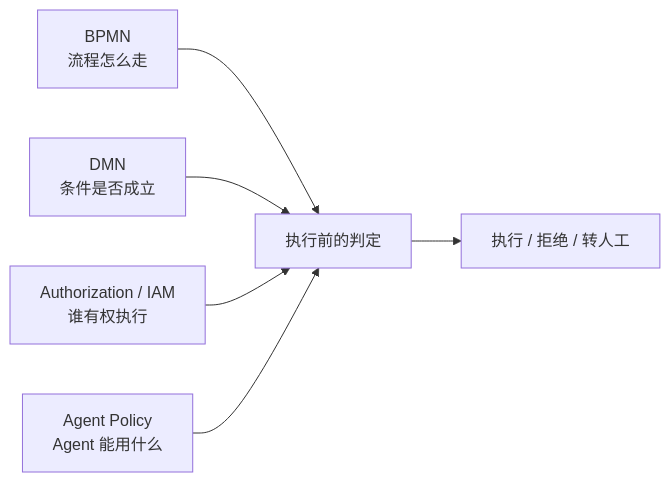
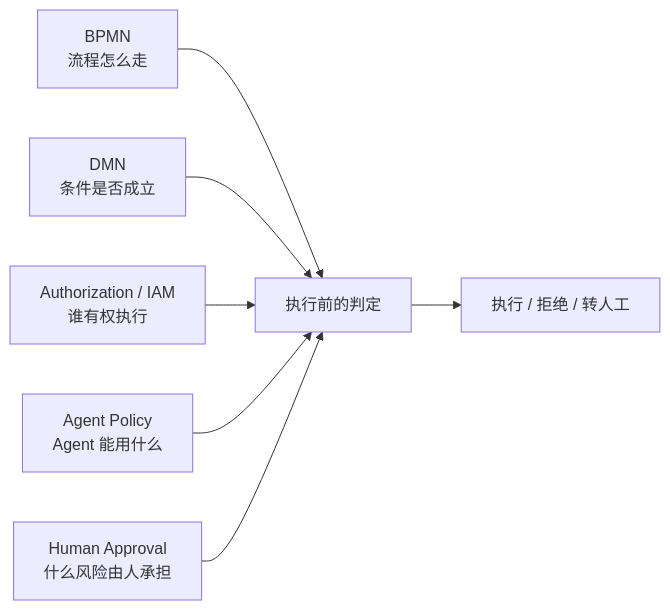
Before and after one commit to devweekly/devweekly.github.io: diagram 21 of 35 in src/content/blog/workflow and agent and bpmn.md, drawn with Mermaid. The commit also changed other lines of this file and 5 other files, not shown here.

````diff
--- a/src/content/blog/workflow and agent and bpmn.md
+++ b/src/content/blog/workflow and agent and bpmn.md
@@ -2922,8 +2382,9 @@
 ```mermaid
 flowchart LR
     BPMN["BPMN<br/>流程怎么走"] --> GATE["执行前的判定"]
     DMNL["DMN<br/>条件是否成立"] --> GATE
     AUTH["Authorization / IAM<br/>谁有权执行"] --> GATE
     APOL["Agent Policy<br/>Agent 能用什么"] --> GATE
+    HAPL["Human Approval<br/>什么风险由人承担"] --> GATE
     GATE --> EXEC["执行 / 拒绝 / 转人工"]
 ```
````
